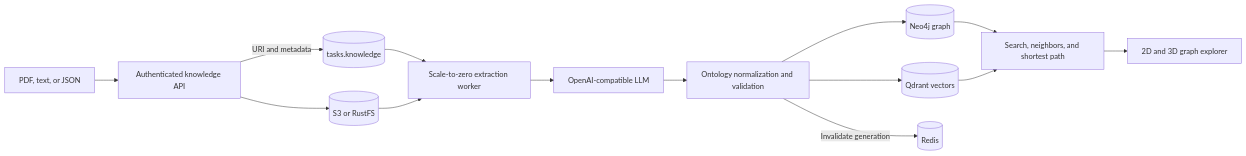
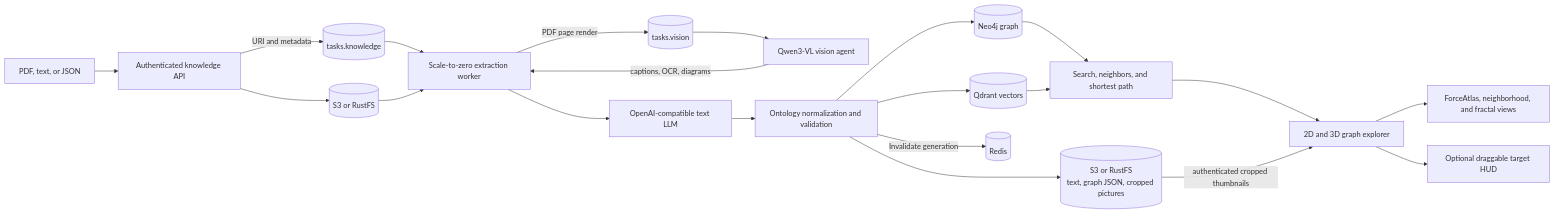
The third of 3 diagrams in docs/ARCHITECTURE.md (sqe/agentic-kubernetes-platform), drawn with Mermaid before and after one commit. The commit also changed other lines of this file and 79 other files, not shown here.

Commit message:
Updated knowledge graph agent with fully standing up the system and tesing

````diff
--- a/docs/ARCHITECTURE.md
+++ b/docs/ARCHITECTURE.md
@@ -94,16 +106,23 @@
 ```mermaid
 flowchart LR
     PDF[PDF, text, or JSON] --> API[Authenticated knowledge API]
     API --> Objects[(S3 or RustFS)]
     API -->|URI and metadata| Kafka[(tasks.knowledge)]
     Kafka --> Worker[Scale-to-zero extraction worker]
     Objects --> Worker
-    Worker --> LLM[OpenAI-compatible LLM]
+    Worker -->|PDF page render| VisionTopic[(tasks.vision)]
+    VisionTopic --> Vision[Qwen3-VL vision agent]
+    Vision -->|captions, OCR, diagrams| Worker
+    Worker --> LLM[OpenAI-compatible text LLM]
     LLM --> Validate[Ontology normalization and validation]
     Validate --> Neo4j[(Neo4j graph)]
     Validate --> Qdrant[(Qdrant vectors)]
+    Validate --> Artifacts[(S3 or RustFS<br/>text, graph JSON, cropped pictures)]
     Validate -->|Invalidate generation| Redis[(Redis)]
     Neo4j --> Query[Search, neighbors, and shortest path]
     Qdrant --> Query
     Query --> View[2D and 3D graph explorer]
+    Artifacts -->|authenticated cropped thumbnails| View
+    View --> Map[ForceAtlas, neighborhood, and fractal views]
+    View --> HUD[Optional draggable target HUD]
 ```
````
